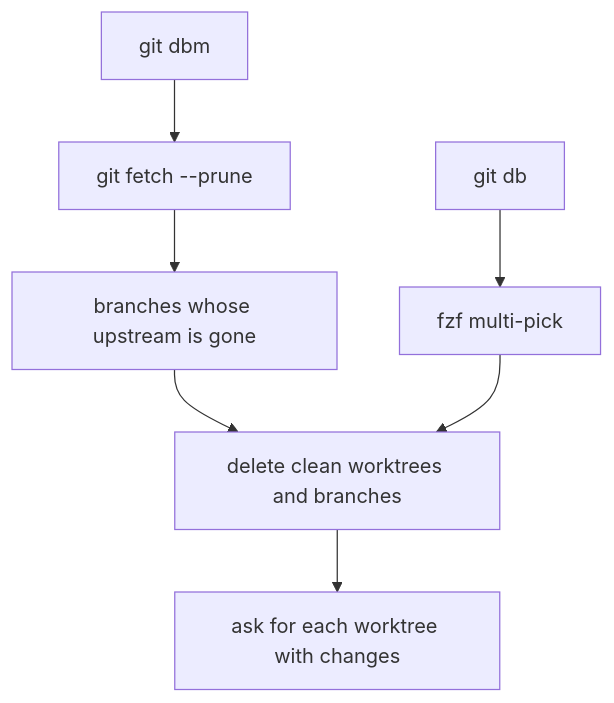
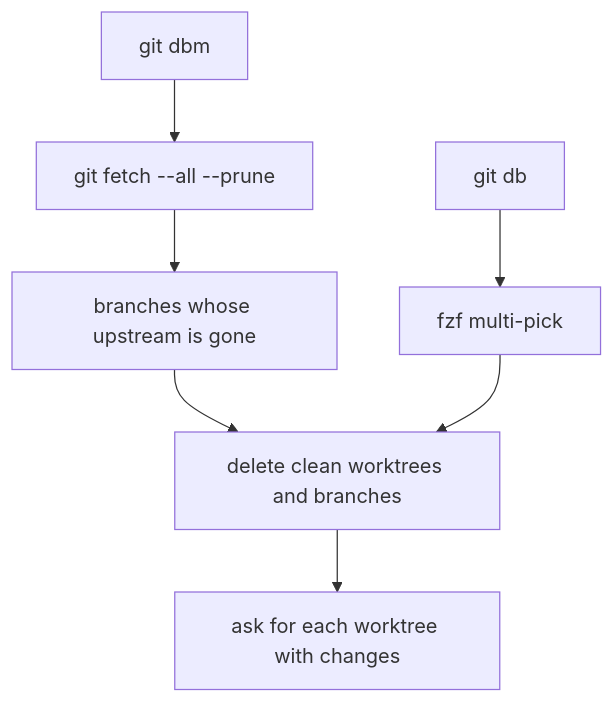
The sixth of 6 diagrams in docs/user-flows.md (workbench-soft/git-aliases), drawn with Mermaid before and after one commit. The commit also changed 13 other files, not shown here.

First line of the commit message:
App audit 2026-11-03: tag-proof fetches, every remote in git dbm, PowerShell pipes (#24)

````diff
--- a/docs/user-flows.md
+++ b/docs/user-flows.md
@@ -93,9 +93,9 @@
 ```mermaid
 flowchart TD
-  dbm["git dbm"] --> prune["git fetch --prune"]
+  dbm["git dbm"] --> prune["git fetch --all --prune"]
   prune --> gone["branches whose upstream is gone"]
   db["git db"] --> fzf["fzf multi-pick"]
   gone --> del["delete clean worktrees and branches"]
   fzf --> del
   del --> ask["ask for each worktree with changes"]
 ```
````
